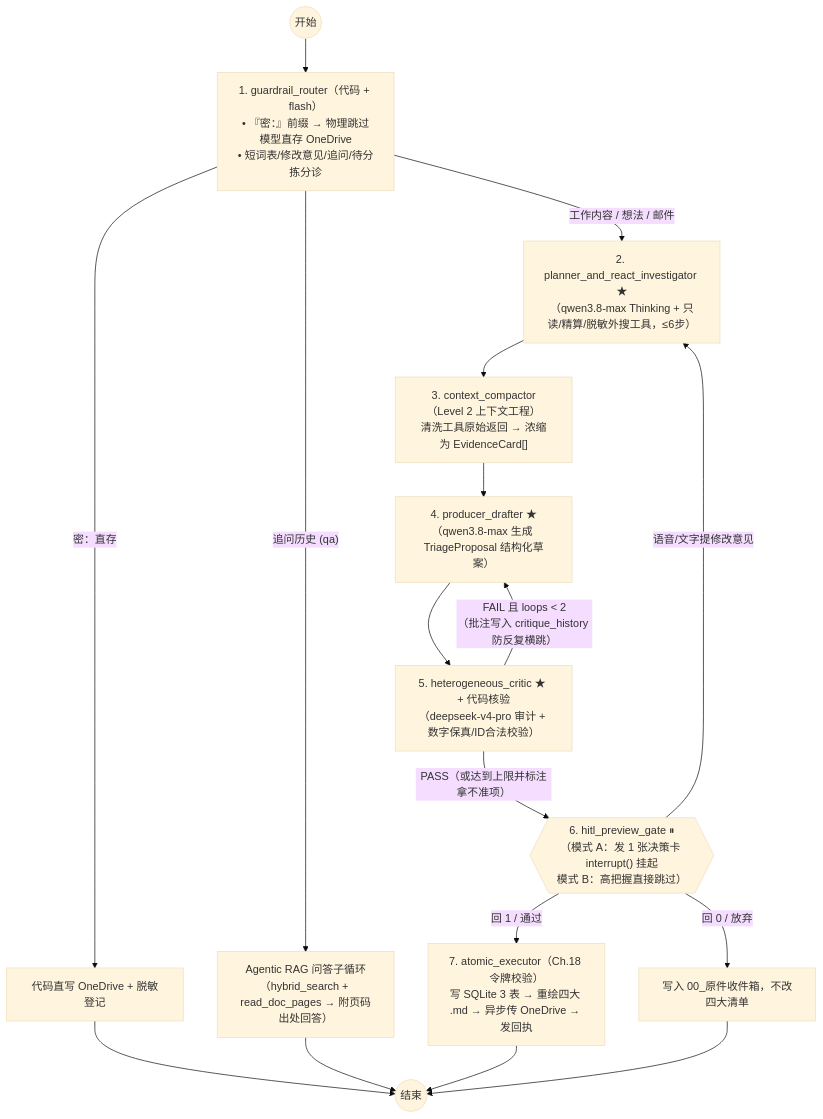
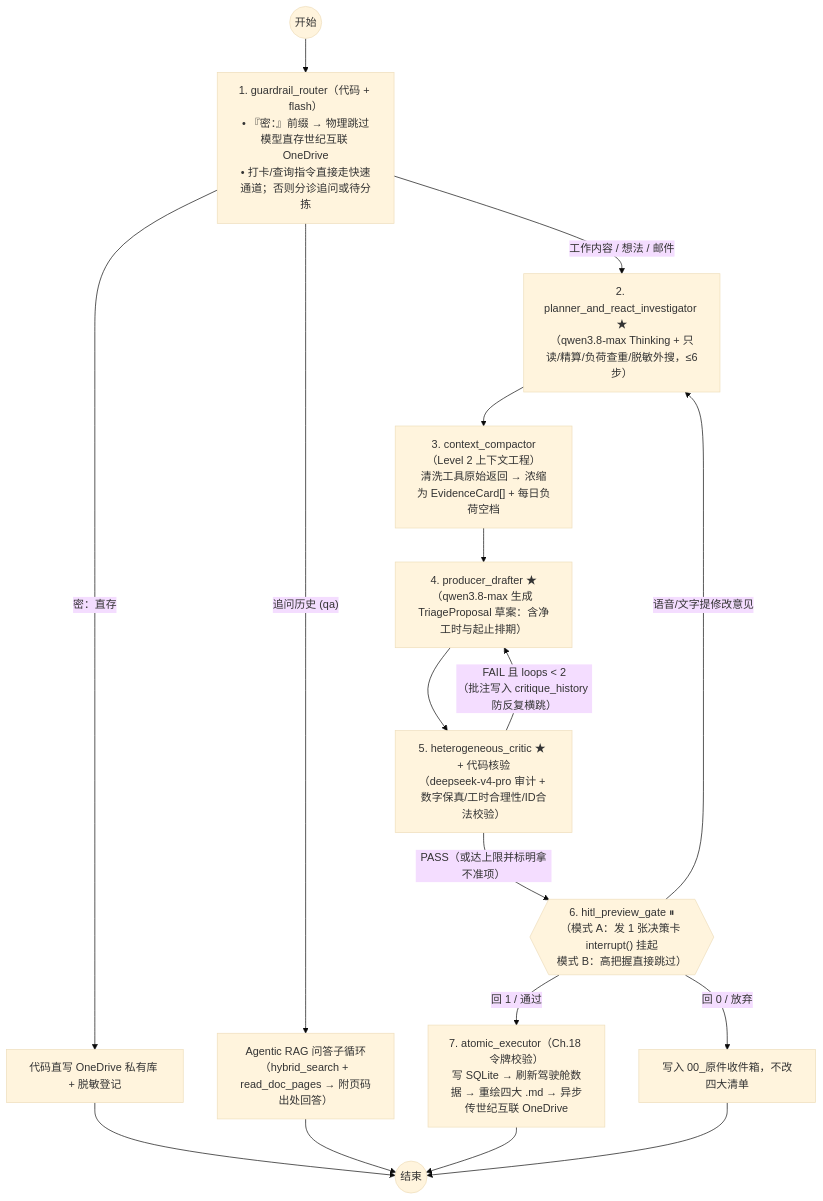
Before and after one commit to JohnWissentek/agentic_learning: the diagram in wechat_AI_assistant/docs/03-AI分拣工作流与确认机制.md, drawn with Mermaid (base theme). The commit also changed other lines of this file and 4 other files, not shown here.

````diff
--- a/wechat_AI_assistant/docs/03-AI分拣工作流与确认机制.md
+++ b/wechat_AI_assistant/docs/03-AI分拣工作流与确认机制.md
@@ -39,18 +39,18 @@
 ```mermaid
 flowchart TD
-    START(("开始")) --> GUARD["1. guardrail_router（代码 + flash）<br/>• 『密：』前缀 → 物理跳过模型直存 OneDrive<br/>• 短词表/修改意见/追问/待分拣分诊"]
-    GUARD -->|"密：直存"| SEC_SAVE["代码直写 OneDrive + 脱敏登记"] --> END(("结束"))
+    START(("开始")) --> GUARD["1. guardrail_router（代码 + flash）<br/>• 『密：』前缀 → 物理跳过模型直存世纪互联 OneDrive<br/>• 打卡/查询指令直接走快速通道；否则分诊追问或待分拣"]
+    GUARD -->|"密：直存"| SEC_SAVE["代码直写 OneDrive 私有库 + 脱敏登记"] --> END(("结束"))
     GUARD -->|"追问历史 (qa)"| QA_LOOP["Agentic RAG 问答子循环<br/>（hybrid_search + read_doc_pages → 附页码出处回答）"] --> END
 
-    GUARD -->|"工作内容 / 想法 / 邮件"| INV["2. planner_and_react_investigator ★<br/>（qwen3.8-max Thinking + 只读/精算/脱敏外搜工具，≤6步）"]
-    INV --> COMP["3. context_compactor（Level 2 上下文工程）<br/>清洗工具原始返回 → 浓缩为 EvidenceCard[]"]
-    COMP --> PROD["4. producer_drafter ★<br/>（qwen3.8-max 生成 TriageProposal 结构化草案）"]
-    PROD --> CRIT["5. heterogeneous_critic ★ + 代码核验<br/>（deepseek-v4-pro 审计 + 数字保真/ID合法校验）"]
+    GUARD -->|"工作内容 / 想法 / 邮件"| INV["2. planner_and_react_investigator ★<br/>（qwen3.8-max Thinking + 只读/精算/负荷查重/脱敏外搜，≤6步）"]
+    INV --> COMP["3. context_compactor（Level 2 上下文工程）<br/>清洗工具原始返回 → 浓缩为 EvidenceCard[] + 每日负荷空档"]
+    COMP --> PROD["4. producer_drafter ★<br/>（qwen3.8-max 生成 TriageProposal 草案：含净工时与起止排期）"]
+    PROD --> CRIT["5. heterogeneous_critic ★ + 代码核验<br/>（deepseek-v4-pro 审计 + 数字保真/工时合理性/ID合法校验）"]
 
     CRIT -->|"FAIL 且 loops < 2<br/>（批注写入 critique_history 防反复横跳）"| PROD
-    CRIT -->|"PASS（或达到上限并标注拿不准项）"| GATE{{"6. hitl_preview_gate ⏸<br/>（模式 A：发 1 张决策卡 interrupt() 挂起<br/>模式 B：高把握直接跳过）"}}
+    CRIT -->|"PASS（或达上限并标明拿不准项）"| GATE{{"6. hitl_preview_gate ⏸<br/>（模式 A：发 1 张决策卡 interrupt() 挂起<br/>模式 B：高把握直接跳过）"}}
 
-    GATE -->|"回 1 / 通过"| EXEC["7. atomic_executor（Ch.18 令牌校验）<br/>写 SQLite 3 表 → 重绘四大 .md → 异步传 OneDrive → 发回执"] --> END
+    GATE -->|"回 1 / 通过"| EXEC["7. atomic_executor（Ch.18 令牌校验）<br/>写 SQLite → 刷新驾驶舱数据 → 重绘四大 .md → 异步传世纪互联 OneDrive"] --> END
     GATE -->|"语音/文字提修改意见"| INV
     GATE -->|"回 0 / 放弃"| ABORT["写入 00_原件收件箱，不改四大清单"] --> END
 ```
````
